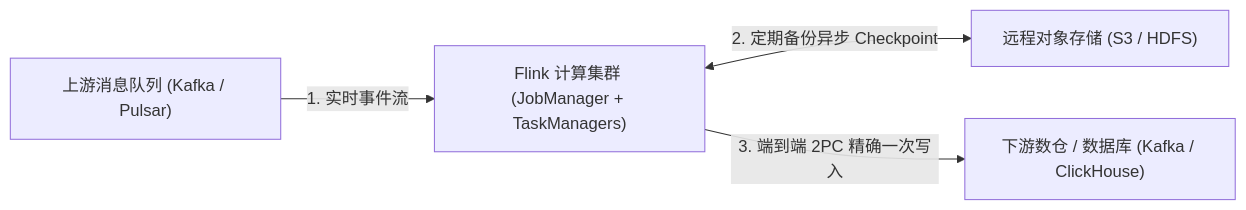
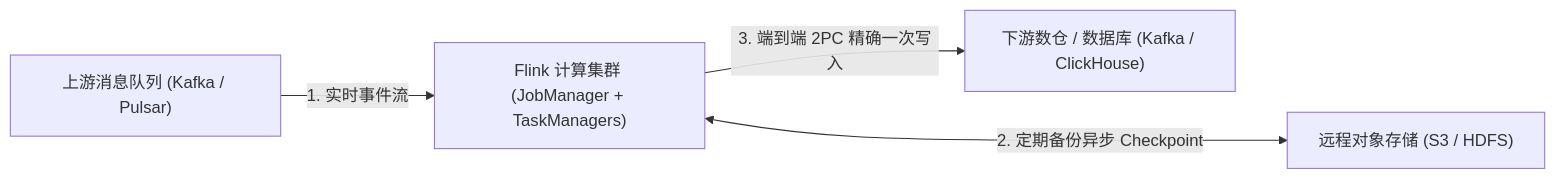
One commit to koosai/AI-Architect-Learning changed the third of 7 diagrams in docs/atlas/flink.mdx. Above: the diagram before and after it, drawn with Mermaid. The commit also changed other lines of this file and 68 other files, not shown here.

Commit message:
fix(atlas): fix browser client-side Mermaid rendering for mindmaps and flowcharts across 67 case studies

````diff
--- a/docs/atlas/flink.mdx
+++ b/docs/atlas/flink.mdx
@@ -109,6 +109,6 @@
 ```mermaid
 graph LR
   UpstreamStreams["上游消息队列 (Kafka / Pulsar)"] -->|1. 实时事件流| FlinkCluster["Flink 计算集群 (JobManager + TaskManagers)"]
-  FlinkCluster <-->|2. 定期备份异步 Checkpoint| DistributedSnapshotStore["远程对象存储 (S3 / HDFS)"]
+  FlinkCluster <--->|2. 定期备份异步 Checkpoint| DistributedSnapshotStore["远程对象存储 (S3 / HDFS)"]
   FlinkCluster -->|3. 端到端 2PC 精确一次写入| DownstreamSink["下游数仓 / 数据库 (Kafka / ClickHouse)"]
 ```
````
